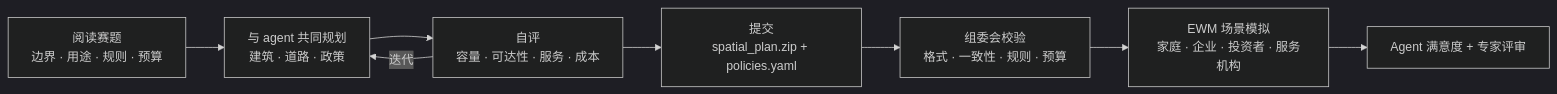
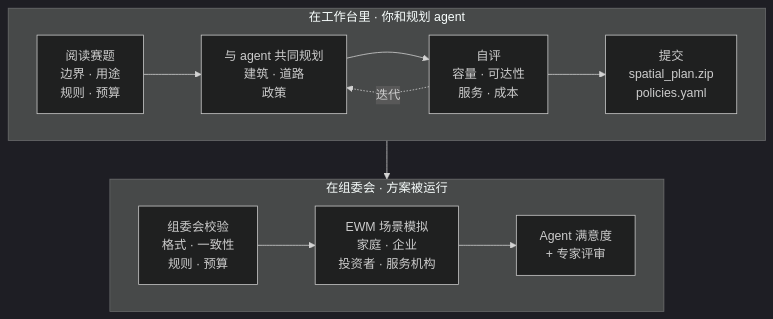
Before and after one commit to FreedomIntelligence/Agentic-City: the first of 2 diagrams in README.zh-CN.md, drawn with Mermaid (dark theme). The commit also changed other lines of this file and 7 other files, not shown here.

````diff
--- a/README.zh-CN.md
+++ b/README.zh-CN.md
@@ -74,10 +124,17 @@
 ```mermaid
-flowchart LR
-    A["阅读赛题<br/>边界 · 用途 · 规则 · 预算"] --> B["与 agent 共同规划<br/>建筑 · 道路 · 政策"]
-    B --> C["自评<br/>容量 · 可达性 · 服务 · 成本"]
-    C -->|迭代| B
-    C --> D["提交<br/>spatial_plan.zip + policies.yaml"]
-    D --> E["组委会校验<br/>格式 · 一致性 · 规则 · 预算"]
-    E --> F["EWM 场景模拟<br/>家庭 · 企业 · 投资者 · 服务机构"]
-    F --> G["Agent 满意度 + 专家评审"]
+%%{init: {"flowchart": {"wrappingWidth": 400}}}%%
+flowchart TB
+    subgraph S["在工作台里 · 你和规划 agent"]
+        direction LR
+        A["阅读赛题<br/>边界 · 用途<br/>规则 · 预算"] --> B["与 agent 共同规划<br/>建筑 · 道路<br/>政策"]
+        B --> C["自评<br/>容量 · 可达性<br/>服务 · 成本"]
+        C -.->|迭代| B
+        C --> D["提交<br/>spatial_plan.zip<br/>policies.yaml"]
+    end
+    subgraph J["在组委会 · 方案被运行"]
+        direction LR
+        E["组委会校验<br/>格式 · 一致性<br/>规则 · 预算"] --> F["EWM 场景模拟<br/>家庭 · 企业<br/>投资者 · 服务机构"]
+        F --> G["Agent 满意度<br/>+ 专家评审"]
+    end
+    S --> J
 ```
````
